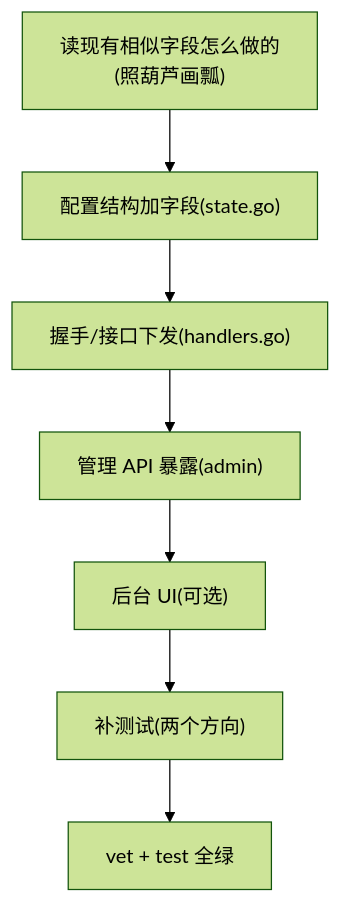
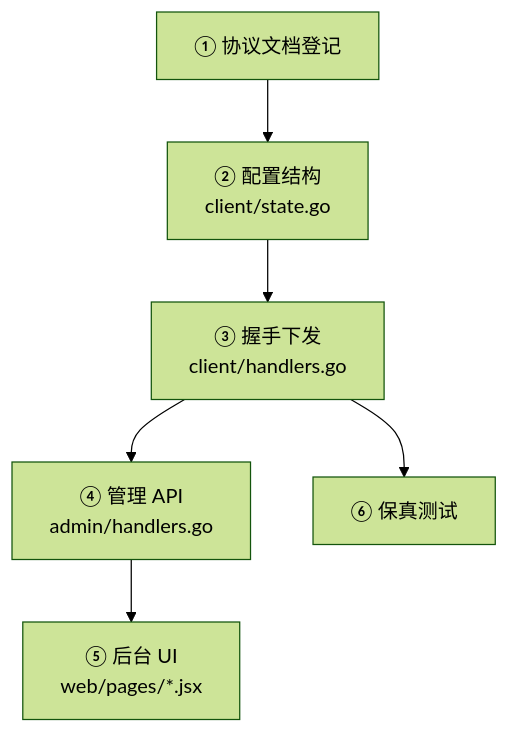
The second of 2 diagrams in docs/contributing/adding-endpoint.md (MagirecoCN-Revival-Project/magireco-cnv-server), drawn with Mermaid (forest theme) before and after one commit. The commit also changed other lines of this file and 32 other files, not shown here.

````diff
--- a/docs/contributing/adding-endpoint.md
+++ b/docs/contributing/adding-endpoint.md
@@ -134,9 +94,8 @@
 ```mermaid
 flowchart TB
-    R["读现有相似字段怎么做的<br/>(照葫芦画瓢)"] --> C["配置结构加字段(state.go)"]
-    C --> H["握手/接口下发(handlers.go)"]
-    H --> A["管理 API 暴露(admin)"]
-    A --> U["后台 UI(可选)"]
-    U --> T["补测试(两个方向)"]
-    T --> V["vet + test 全绿"]
+    D["① 协议文档登记"] --> C["② 配置结构<br/>client/state.go"]
+    C --> H["③ 握手下发<br/>client/handlers.go"]
+    H --> A["④ 管理 API<br/>admin/handlers.go"]
+    A --> U["⑤ 后台 UI<br/>web/pages/*.jsx"]
+    H --> T["⑥ 保真测试"]
 ```
````
